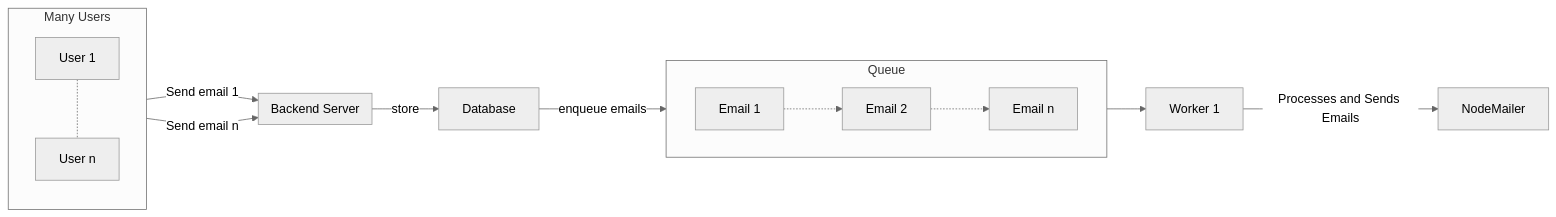
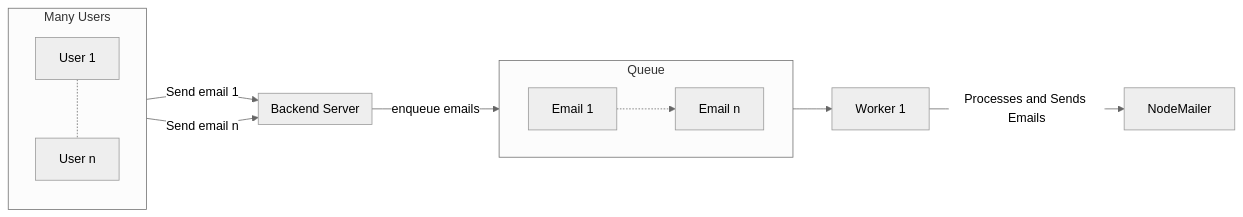
The fourth of 4 diagrams in README.md (SamyBakiri/node-test), drawn with Mermaid (neutral theme) before and after one commit. The commit also changed other lines of this file, not shown here.

````diff
--- a/README.md
+++ b/README.md
@@ -80,26 +81,25 @@
 ```mermaid
 flowchart LR
     subgraph Users["Many Users"]
         direction TB
         u1["User 1"]
         un["User n"]
     end
     u1 -.- un
 
   subgraph Backend["Backend Server"]
           direction TB
       end
   
       u1 -- "Send email 1" --> Backend
       un -- "Send email n" --> Backend
 
-    Backend --store--> Database
-    Database --enqueue emails --> QueueQ
+    Backend --enqueue emails --> QueueQ
 
     subgraph QueueQ [Queue]
       direction LR
-      Q1["Email 1"] -.-> Q2["Email 2"] -.-> Q3["Email n"]
+      Q1["Email 1"]  -.-> Q3["Email n"]
     end
     QueueQ --> Process1["Worker 1"]
     Process1 -- Processes and Sends Emails --> NodeMailer
 ```
````
